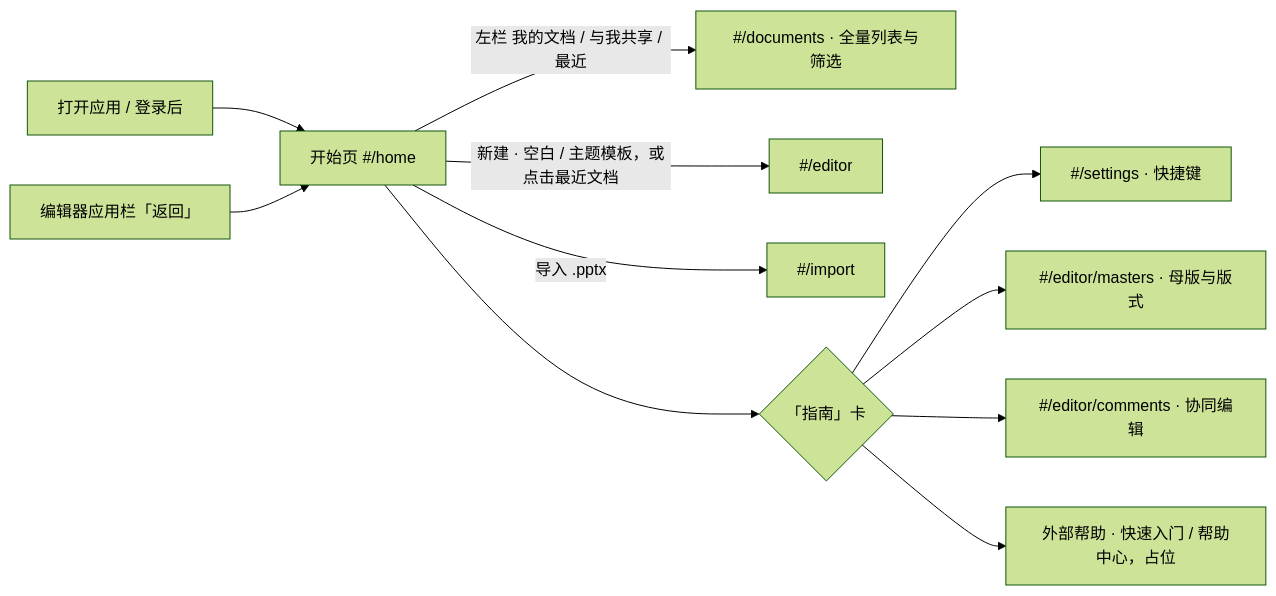
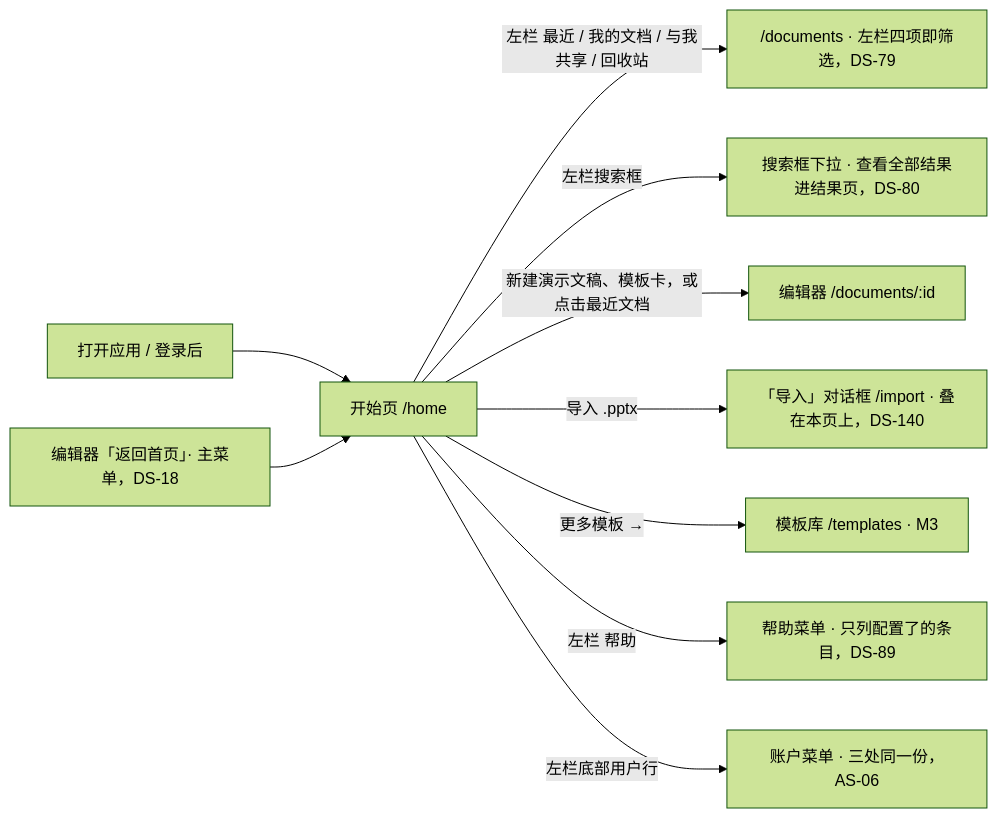
The diagram in docs/20-design/03-screens/29-home-start-page.md (Xeonice/cordis-ppt-editor), drawn with Mermaid (forest theme) before and after one commit. The commit also changed other lines of this file and 44 other files, not shown here.

````diff
--- a/docs/20-design/03-screens/29-home-start-page.md
+++ b/docs/20-design/03-screens/29-home-start-page.md
@@ -22,24 +29,22 @@
 ```mermaid
 flowchart LR
   app["打开应用 / 登录后"]
-  back["编辑器应用栏「返回」"]
-  home["开始页 #/home"]
-  docs["#/documents · 全量列表与筛选"]
-  editor["#/editor"]
-  imp["#/import"]
-  guide{"「指南」卡"}
-  gKey["#/settings · 快捷键"]
-  gMaster["#/editor/masters · 母版与版式"]
-  gCollab["#/editor/comments · 协同编辑"]
-  gExt["外部帮助 · 快速入门 / 帮助中心，占位"]
+  back["编辑器「返回首页」· 主菜单，DS-18"]
+  home["开始页 /home"]
+  docs["/documents · 左栏四项即筛选，DS-79"]
+  search["搜索框下拉 · 查看全部结果进结果页，DS-80"]
+  editor["编辑器 /documents/:id"]
+  imp["「导入」对话框 /import · 叠在本页上，DS-140"]
+  lib["模板库 /templates · M3"]
+  help["帮助菜单 · 只列配置了的条目，DS-89"]
+  menu["账户菜单 · 三处同一份，AS-06"]
   app --> home
   back --> home
-  home -->|"左栏 我的文档 / 与我共享 / 最近"| docs
-  home -->|"新建 · 空白 / 主题模板，或点击最近文档"| editor
+  home -->|"左栏 最近 / 我的文档 / 与我共享 / 回收站"| docs
+  home -->|"左栏搜索框"| search
+  home -->|"新建演示文稿、模板卡，或点击最近文档"| editor
   home -->|"导入 .pptx"| imp
-  home --> guide
-  guide --> gKey
-  guide --> gMaster
-  guide --> gCollab
-  guide --> gExt
+  home -->|"更多模板 →"| lib
+  home -->|"左栏 帮助"| help
+  home -->|"左栏底部用户行"| menu
 ```
````
